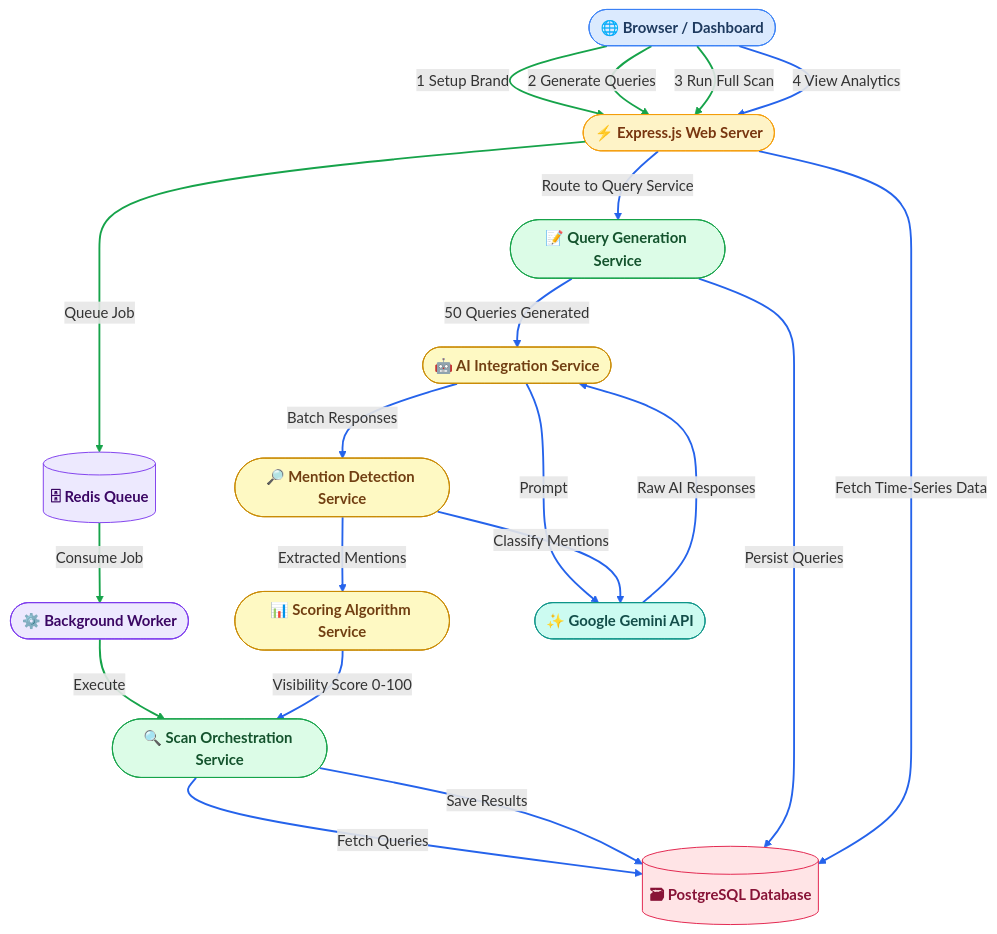
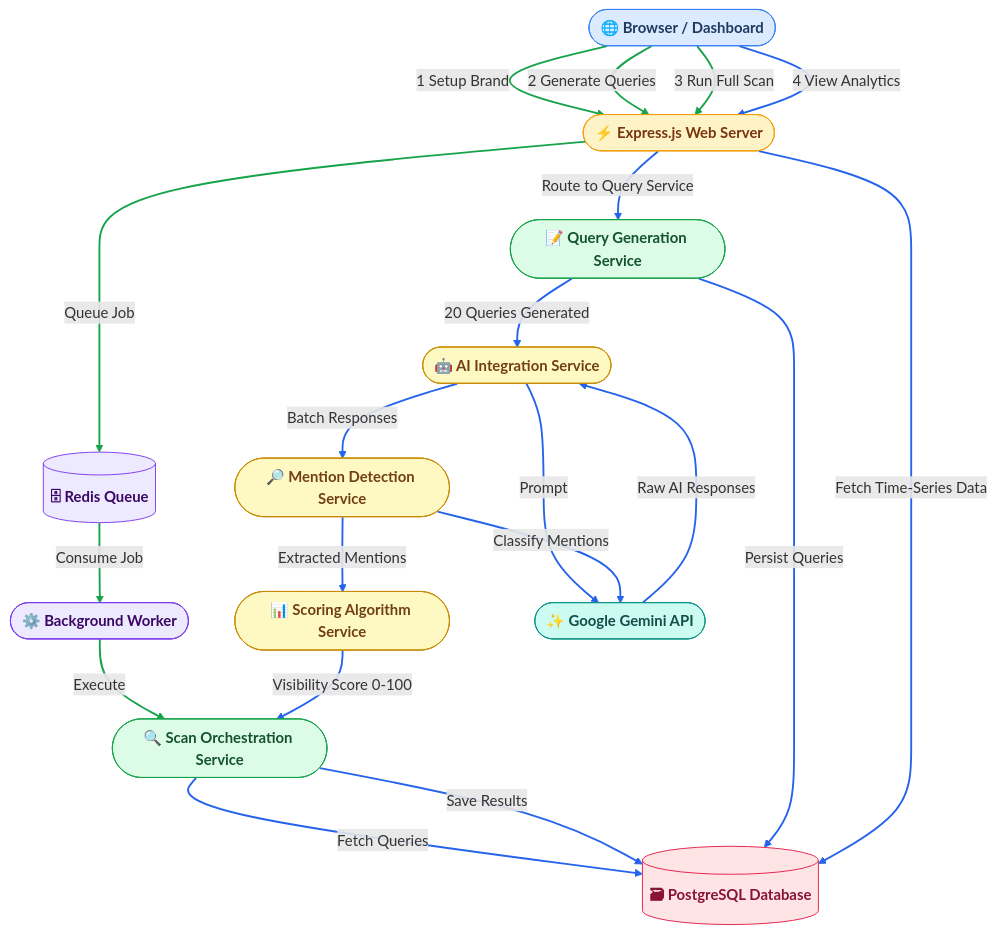
Before and after one commit to KTsama07/Er1s.ai: the diagram in README.md, drawn with Mermaid. The commit also changed other lines of this file, not shown here.

Commit message:
Update README to Er1s.ai, gemini-3.1-flash-lite, and 20 queries

````diff
--- a/README.md
+++ b/README.md
@@ -23,56 +23,56 @@
 ```mermaid
 graph TD
     %% Core Entities
     Client([🌐 Browser / Dashboard]):::clientStyle
     Web([⚡ Express.js Web Server]):::serverStyle
 
     %% Queue
     Redis[(🗄 Redis Queue)]:::queueStyle
     Worker([⚙️ Background Worker]):::queueStyle
 
     %% Services
     QuerySvc([📝 Query Generation Service]):::serviceStyle
     ScanSvc([🔍 Scan Orchestration Service]):::serviceStyle
     AiSvc([🤖 AI Integration Service]):::aiStyle
     DetectSvc([🔎 Mention Detection Service]):::aiStyle
     ScoreSvc([📊 Scoring Algorithm Service]):::aiStyle
 
     %% Data Stores
     DB[(🗃 PostgreSQL Database)]:::dbStyle
     Gemini([✨ Google Gemini API]):::geminiStyle
 
     %% --- CONTROL FLOW green ---
     Client -->|1 Setup Brand| Web
     Client -->|2 Generate Queries| Web
     Client -->|3 Run Full Scan| Web
     Web -->|Queue Job| Redis
     Redis -->|Consume Job| Worker
     Worker -->|Execute| ScanSvc
 
     %% --- DATA FLOW blue ---
     Web -->|Route to Query Service| QuerySvc
-    QuerySvc -->|50 Queries Generated| AiSvc
+    QuerySvc -->|20 Queries Generated| AiSvc
     AiSvc -->|Prompt| Gemini
     Gemini -->|Raw AI Responses| AiSvc
     AiSvc -->|Batch Responses| DetectSvc
     DetectSvc -->|Classify Mentions| Gemini
     DetectSvc -->|Extracted Mentions| ScoreSvc
     ScoreSvc -->|Visibility Score 0-100| ScanSvc
     ScanSvc -->|Fetch Queries| DB
     ScanSvc -->|Save Results| DB
     QuerySvc -->|Persist Queries| DB
     Client -->|4 View Analytics| Web
     Web -->|Fetch Time-Series Data| DB
 
     %% --- STYLES ---
     classDef clientStyle  fill:#DBEAFE,stroke:#3B82F6,color:#1E3A5F,font-weight:bold
     classDef serverStyle  fill:#FEF3C7,stroke:#F59E0B,color:#78350F,font-weight:bold
     classDef queueStyle   fill:#EDE9FE,stroke:#7C3AED,color:#3B0764,font-weight:bold
     classDef serviceStyle fill:#DCFCE7,stroke:#16A34A,color:#14532D,font-weight:bold
     classDef aiStyle      fill:#FEF9C3,stroke:#CA8A04,color:#713F12,font-weight:bold
     classDef dbStyle      fill:#FFE4E6,stroke:#E11D48,color:#881337,font-weight:bold
     classDef geminiStyle  fill:#CCFBF1,stroke:#0D9488,color:#134E4A,font-weight:bold
 
     linkStyle 0,1,2,3,4,5 stroke:#16A34A,stroke-width:2px
     linkStyle 6,7,8,9,10,11,12,13,14,15,16,17,18 stroke:#2563EB,stroke-width:2px
 ```
````
